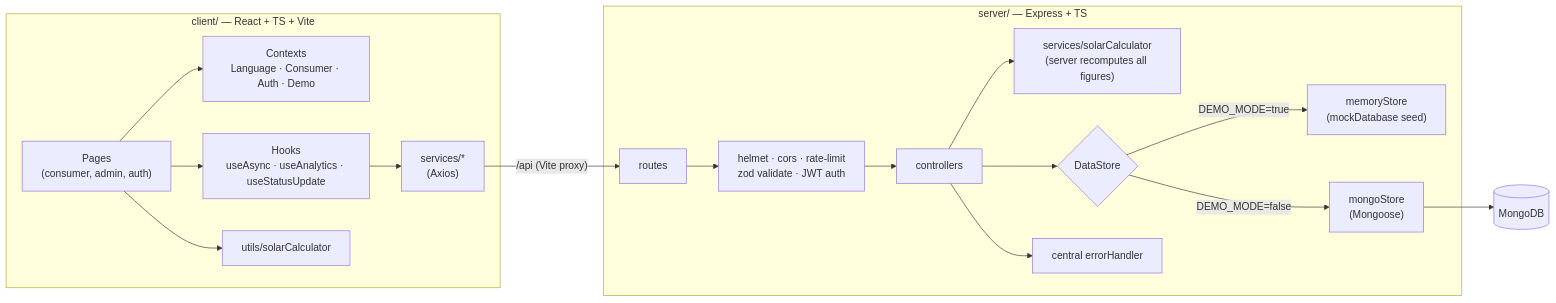
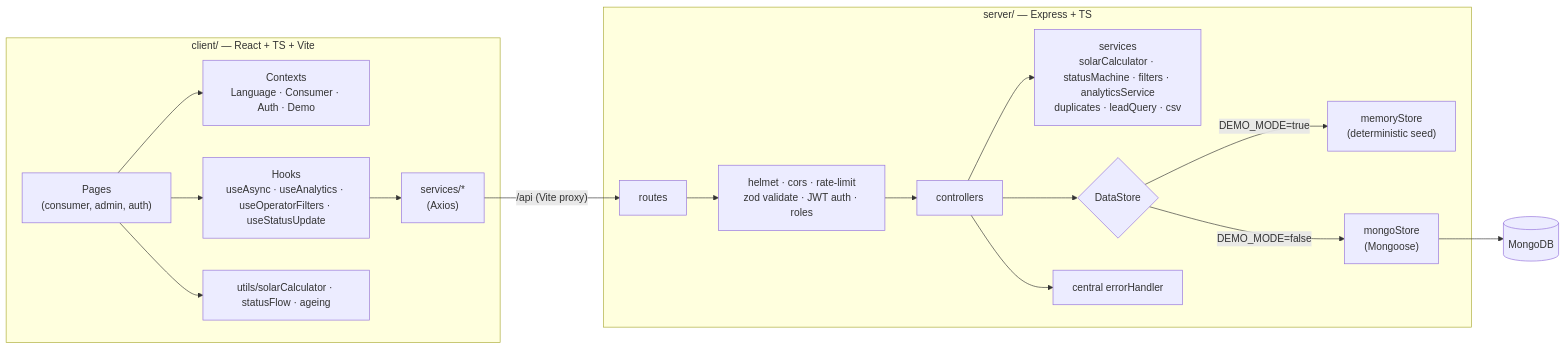
One commit to SuspiciousJudge/Solar-Mitra changed the first of 2 diagrams in README.md. Above: the diagram before and after it, drawn with Mermaid. The commit also changed other lines of this file and 82 other files, not shown here.

````diff
--- a/README.md
+++ b/README.md
@@ -126,20 +160,20 @@
 ```mermaid
 flowchart LR
   subgraph Client["client/ — React + TS + Vite"]
     Pages["Pages<br/>(consumer, admin, auth)"] --> Ctx["Contexts<br/>Language · Consumer · Auth · Demo"]
-    Pages --> Hooks["Hooks<br/>useAsync · useAnalytics · useStatusUpdate"]
+    Pages --> Hooks["Hooks<br/>useAsync · useAnalytics · useOperatorFilters · useStatusUpdate"]
     Hooks --> Svc["services/*<br/>(Axios)"]
-    Pages --> Calc1["utils/solarCalculator"]
+    Pages --> Calc1["utils/solarCalculator · statusFlow · ageing"]
   end
   Svc -- "/api (Vite proxy)" --> API
   subgraph Server["server/ — Express + TS"]
-    API["routes"] --> MW["helmet · cors · rate-limit<br/>zod validate · JWT auth"]
+    API["routes"] --> MW["helmet · cors · rate-limit<br/>zod validate · JWT auth · roles"]
     MW --> Ctrl["controllers"]
-    Ctrl --> Calc2["services/solarCalculator<br/>(server recomputes all figures)"]
+    Ctrl --> Domain["services<br/>solarCalculator · statusMachine · filters · analyticsService<br/>duplicates · leadQuery · csv"]
     Ctrl --> Store{"DataStore"}
-    Store -->|DEMO_MODE=true| Mem["memoryStore<br/>(mockDatabase seed)"]
+    Store -->|DEMO_MODE=true| Mem["memoryStore<br/>(deterministic seed)"]
     Store -->|DEMO_MODE=false| Mongo["mongoStore<br/>(Mongoose)"]
     Ctrl --> Err["central errorHandler"]
   end
   Mongo --> DB[("MongoDB")]
 ```
````
